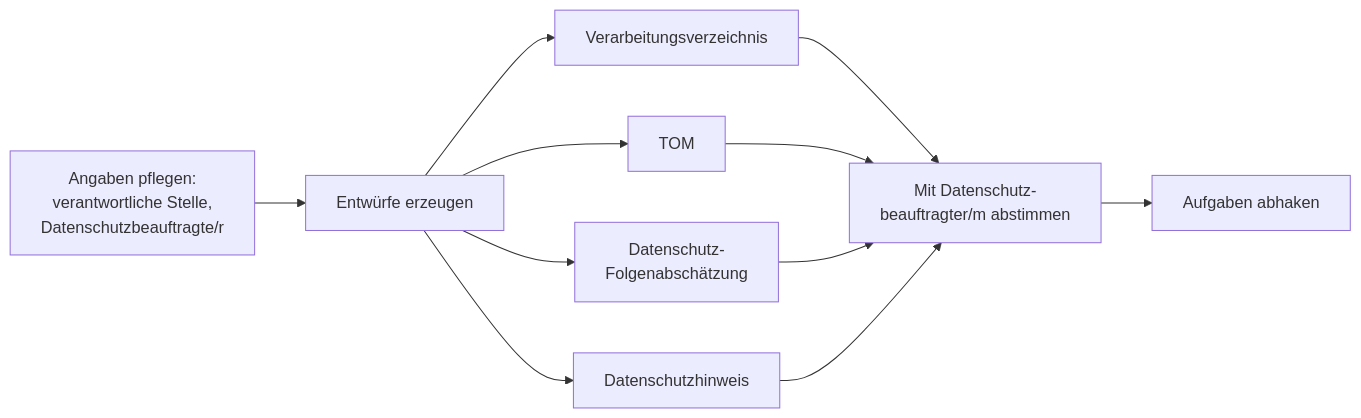
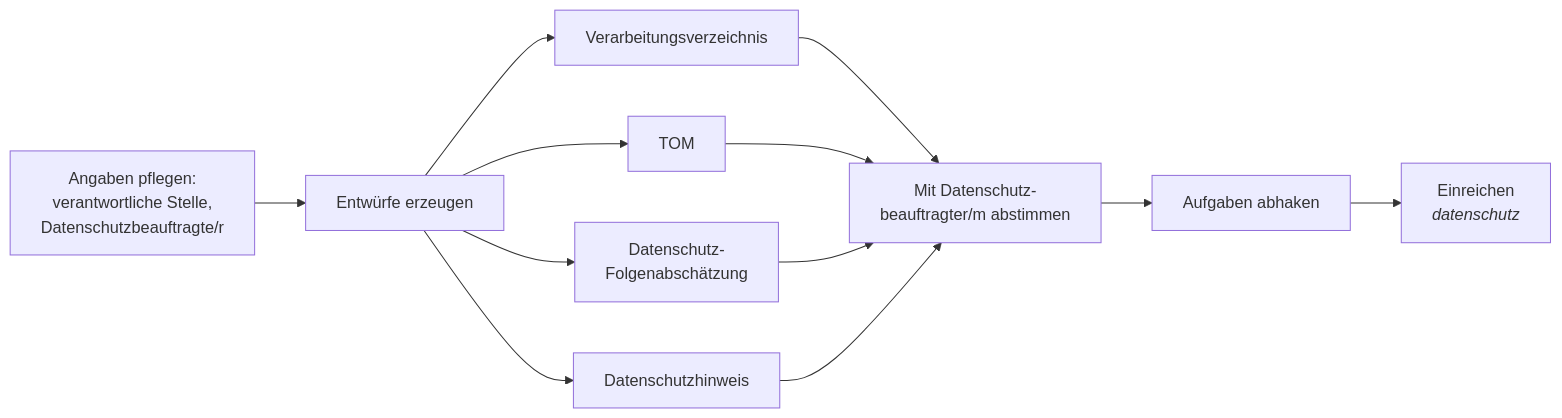
One commit to BennyGK15/jav-wahl-tool changed the diagram in docs/user-journeys/11-administration-und-datenschutz.md. Above: the diagram before and after it, drawn with Mermaid. The commit also changed other lines of this file and 19 other files, not shown here.

````diff
--- a/docs/user-journeys/11-administration-und-datenschutz.md
+++ b/docs/user-journeys/11-administration-und-datenschutz.md
@@ -13,10 +13,11 @@
 ```mermaid
 flowchart LR
     A[Angaben pflegen:<br/>verantwortliche Stelle,<br/>Datenschutzbeauftragte/r] --> B[Entwürfe erzeugen]
     B --> C[Verarbeitungsverzeichnis]
     B --> D[TOM]
     B --> E[Datenschutz-<br/>Folgenabschätzung]
     B --> F[Datenschutzhinweis]
     C & D & E & F --> G[Mit Datenschutz-<br/>beauftragter/m abstimmen]
     G --> H[Aufgaben abhaken]
+    H --> I[Einreichen<br/><i>datenschutz</i>]
 ```
````
